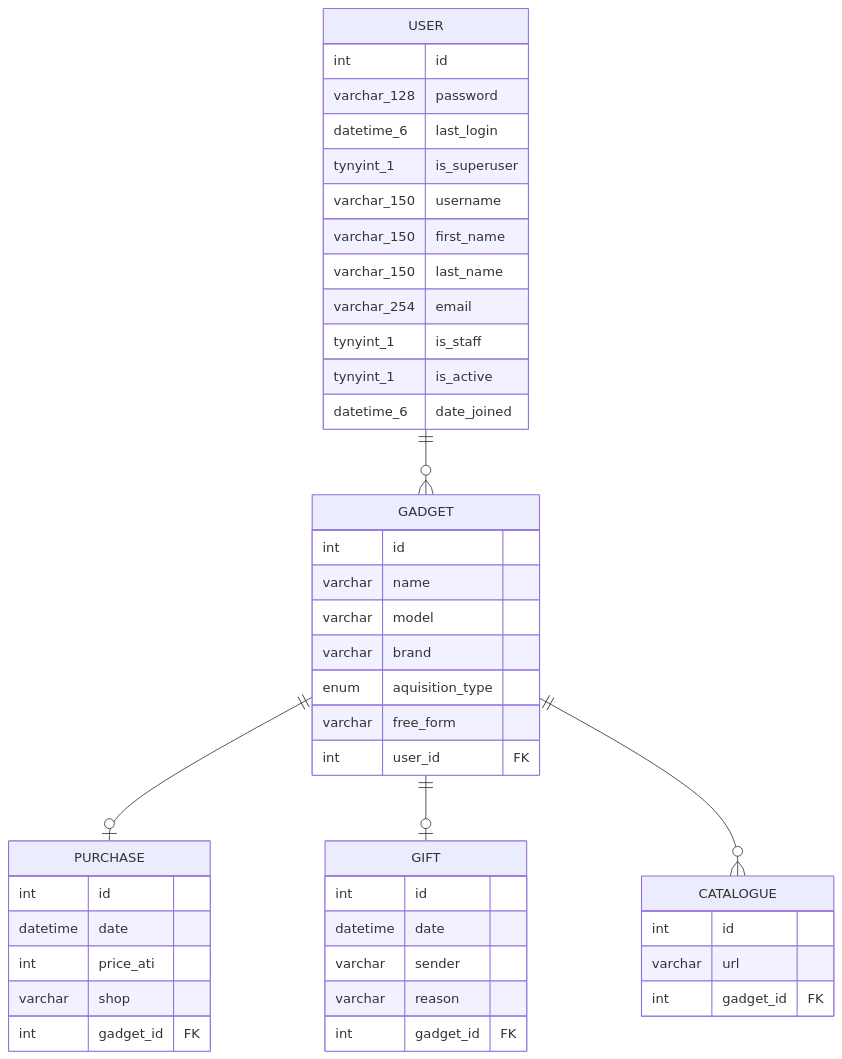
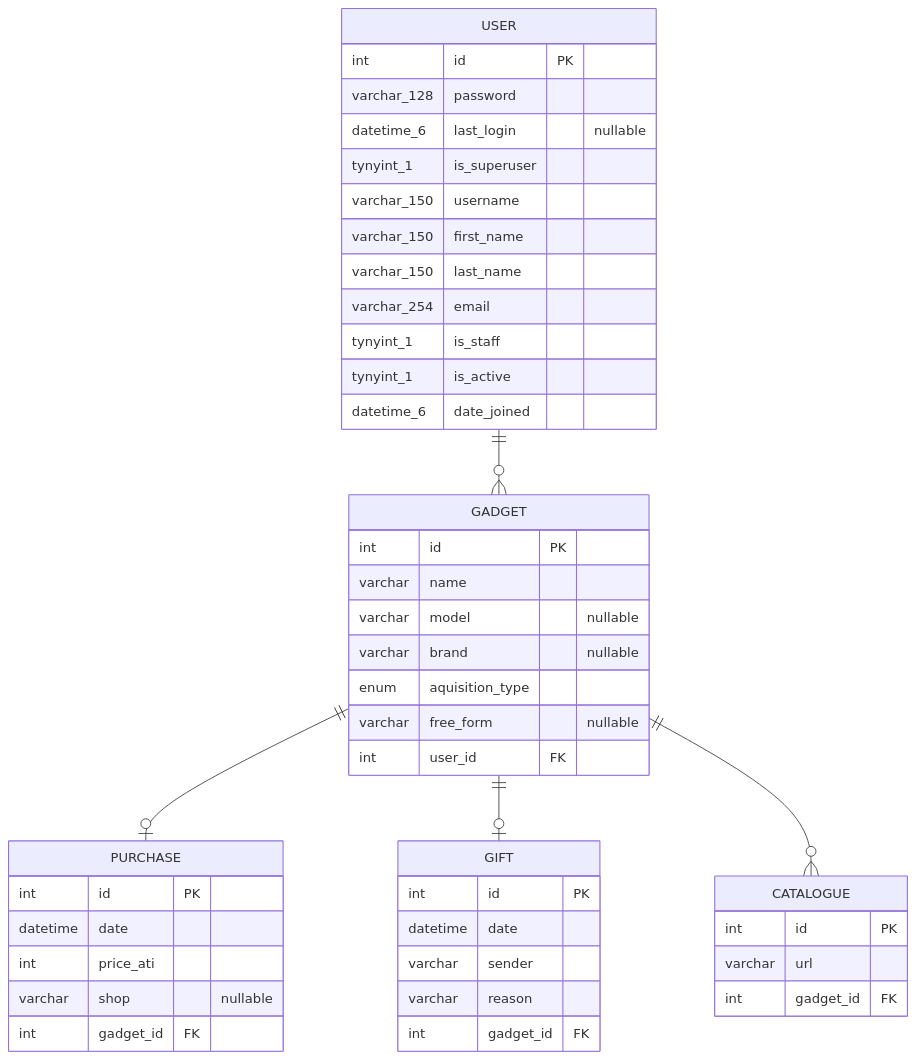
The diagram in docs/er_diagram.md (lynxlevin/gadget_collection), drawn with Mermaid before and after one commit. The commit also changed 3 other files, not shown here.

````diff
--- a/docs/er_diagram.md
+++ b/docs/er_diagram.md
@@ -1,49 +1,49 @@
 ```mermaid
 erDiagram
     USER ||--o{ GADGET : ""
     USER {
-        int id
+        int id PK
         varchar_128 password
-        datetime_6 last_login
+        datetime_6 last_login "nullable"
         tynyint_1 is_superuser
         varchar_150 username
         varchar_150 first_name
         varchar_150 last_name
         varchar_254 email
         tynyint_1 is_staff
         tynyint_1 is_active
         datetime_6 date_joined
     }
     GADGET ||--o| PURCHASE : ""
     GADGET ||--o| GIFT : ""
     GADGET ||--o{ CATALOGUE : ""
     GADGET {
-        int id
+        int id PK
         varchar name
-        varchar model
-        varchar brand
+        varchar model "nullable"
+        varchar brand "nullable"
         enum aquisition_type
-        varchar free_form
+        varchar free_form "nullable"
         int user_id FK
     }
     PURCHASE {
-        int id
+        int id PK
         datetime date
         int price_ati
-        varchar shop
+        varchar shop "nullable"
         int gadget_id FK
     }
     GIFT {
-        int id
+        int id PK
         datetime date
         varchar sender
         varchar reason
         int gadget_id FK
     }
     CATALOGUE {
-        int id
+        int id PK
         varchar url
         int gadget_id FK
     }
 
 ```
````
